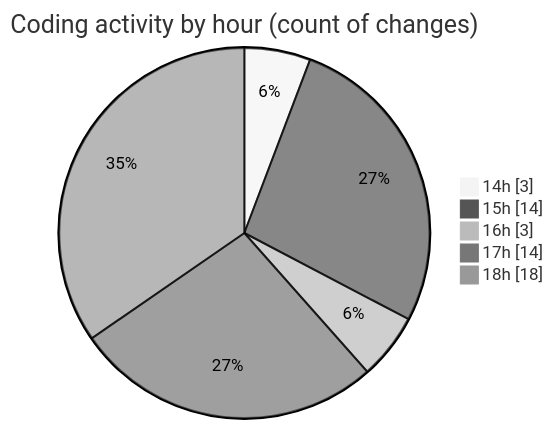
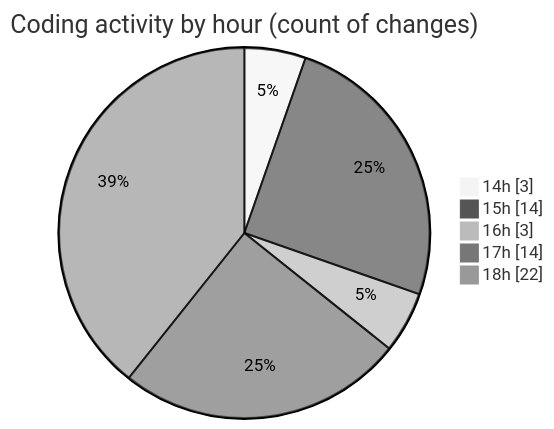
One commit to nxtqubesakshisongat/code-tracking changed the second of 2 diagrams in 2025-09-02/nxtqube_webapp/README.md. Above: the diagram before and after it, drawn with Mermaid (neutral theme). The commit also changed other lines of this file and 1 other file, not shown here.

````diff
--- a/2025-09-02/nxtqube_webapp/README.md
+++ b/2025-09-02/nxtqube_webapp/README.md
@@ -28,9 +28,9 @@
 ```mermaid
 pie showData
 title Coding activity by hour (count of changes)
 "14h" : 3
 "15h" : 14
 "16h" : 3
 "17h" : 14
-"18h" : 18
+"18h" : 22
 ```
````
